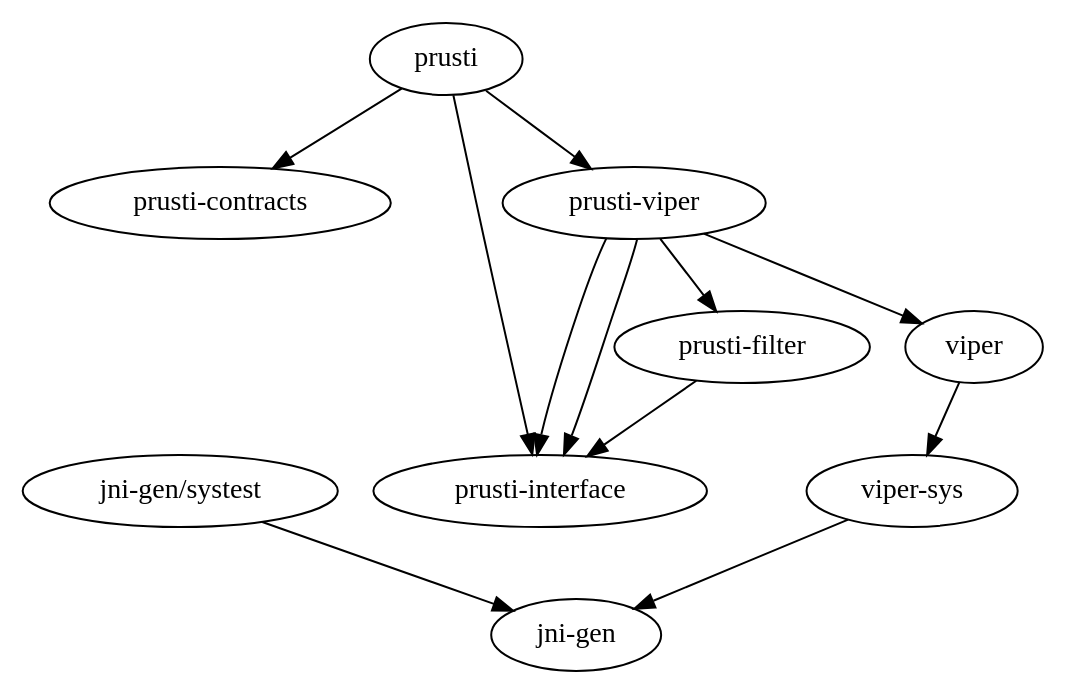
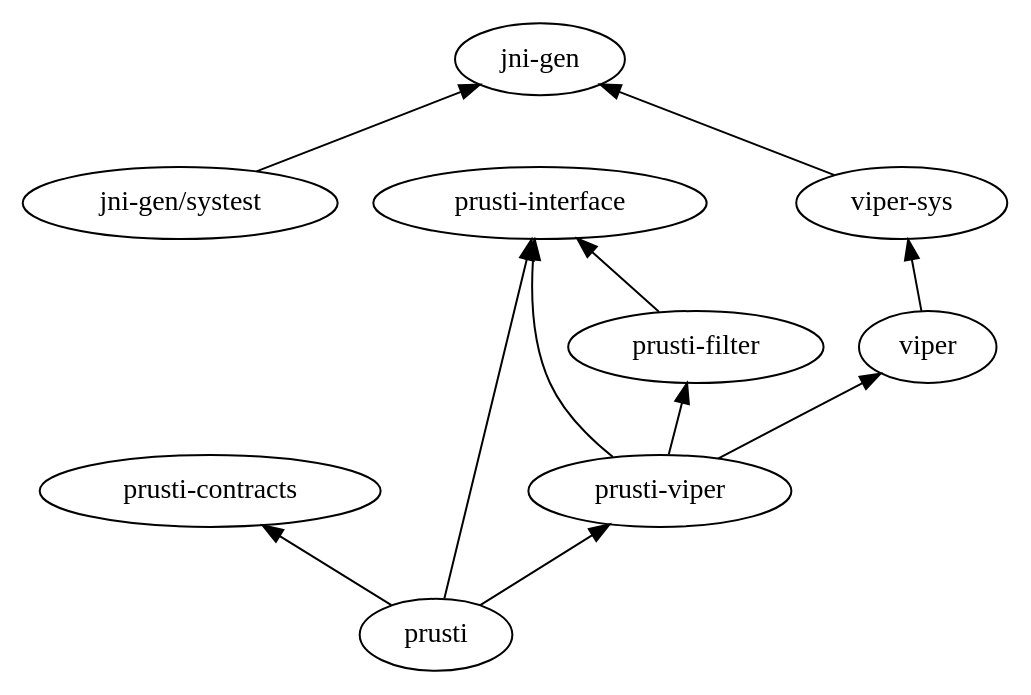
Before and after one commit to viperproject/prusti-dev: the diagram in design/src/prusti_dependencies.gv, drawn with Graphviz. The commit also changed 2 other files, not shown here.

Commit message:
remove duplication edges in dependency graph

```diff
--- a/design/src/prusti_dependencies.gv
+++ b/design/src/prusti_dependencies.gv
@@ -1,22 +1,22 @@
 digraph {
+	graph [rankdir=BT]
 	viper [label=viper]
 	"viper-sys" [label="viper-sys"]
 	viper -> "viper-sys"
 	"jni-gen" [label="jni-gen"]
 	"viper-sys" -> "jni-gen"
 	"prusti-contracts" [label="prusti-contracts"]
 	prusti [label=prusti]
-	prusti -> "prusti-contracts"
 	"prusti-interface" [label="prusti-interface"]
 	prusti -> "prusti-interface"
+	prusti -> "prusti-contracts"
 	"prusti-viper" [label="prusti-viper"]
 	prusti -> "prusti-viper"
+	"prusti-viper" -> "prusti-interface"
 	"prusti-viper" -> viper
-	"prusti-viper" -> "prusti-interface"
 	"prusti-filter" [label="prusti-filter"]
 	"prusti-viper" -> "prusti-filter"
-	"prusti-viper" -> "prusti-interface"
 	"jni-gen/systest" [label="jni-gen/systest"]
 	"jni-gen/systest" -> "jni-gen"
 	"prusti-filter" -> "prusti-interface"
 }
```
